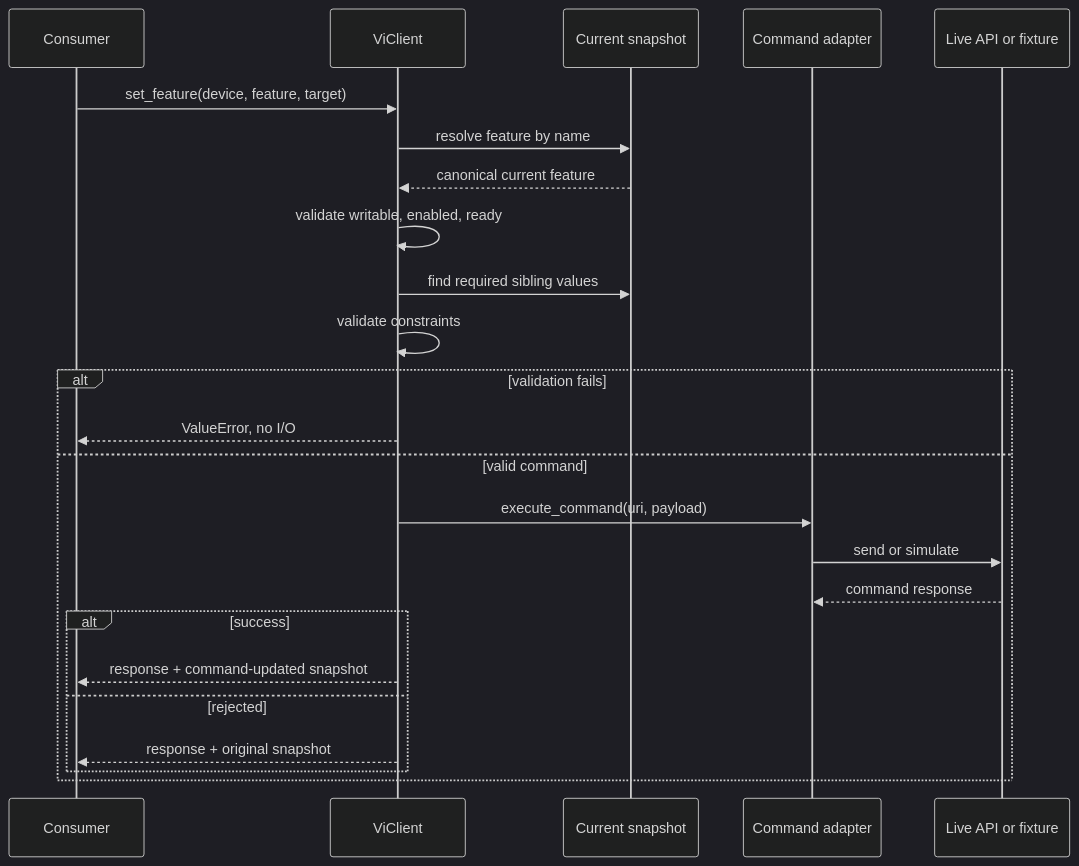
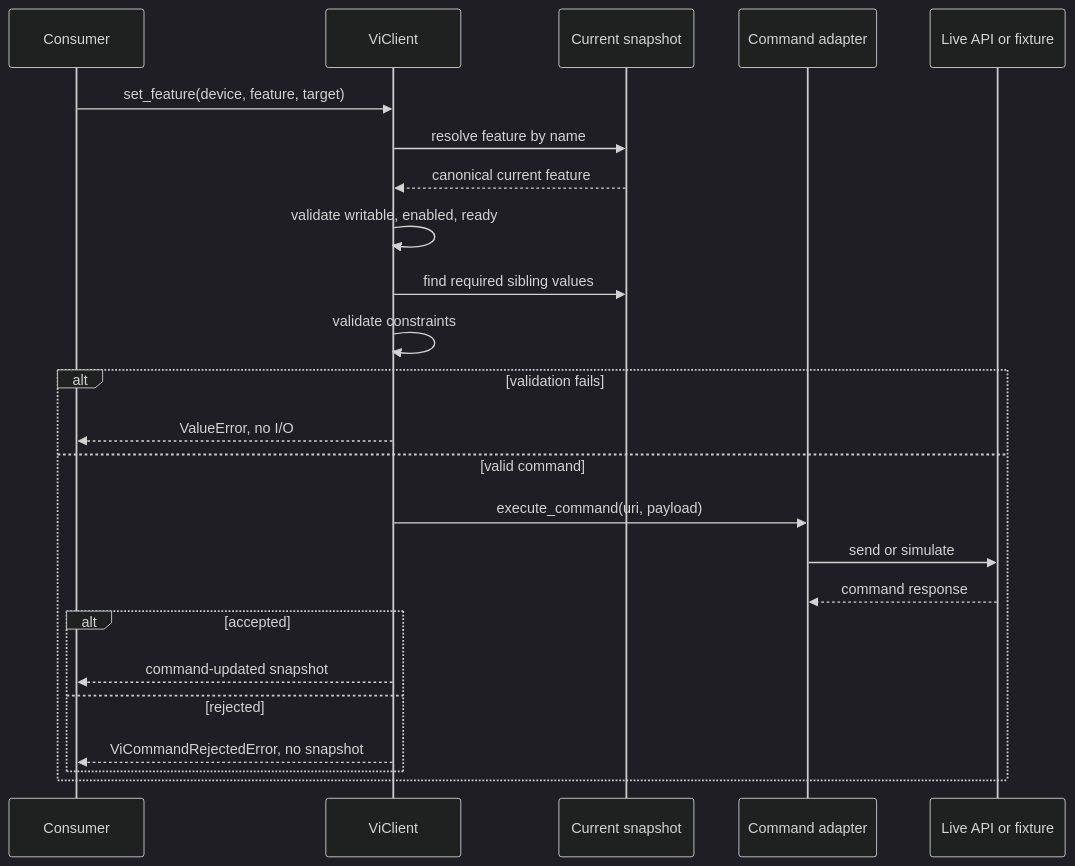
Before and after one commit to ignazhabibi/vi_api_client: the seventh of 12 diagrams in docs/08_architecture.md, drawn with Mermaid (dark theme). The commit also changed other lines of this file and 32 other files, not shown here.

First line of the commit message:
feat!: provide set_feature and run_command with one error channel (#205)

````diff
--- a/docs/08_architecture.md
+++ b/docs/08_architecture.md
@@ -416,26 +416,26 @@
 ```mermaid
 sequenceDiagram
     participant App as Consumer
     participant Client as ViClient
     participant Device as Current snapshot
     participant Adapter as Command adapter
     participant API as Live API or fixture
     App->>Client: set_feature(device, feature, target)
     Client->>Device: resolve feature by name
     Device-->>Client: canonical current feature
     Client->>Client: validate writable, enabled, ready
     Client->>Device: find required sibling values
     Client->>Client: validate constraints
     alt validation fails
         Client-->>App: ValueError, no I/O
     else valid command
         Client->>Adapter: execute_command(uri, payload)
         Adapter->>API: send or simulate
         API-->>Adapter: command response
-        alt success
-            Client-->>App: response + command-updated snapshot
+        alt accepted
+            Client-->>App: command-updated snapshot
         else rejected
-            Client-->>App: response + original snapshot
+            Client-->>App: ViCommandRejectedError, no snapshot
         end
     end
 ```
````
